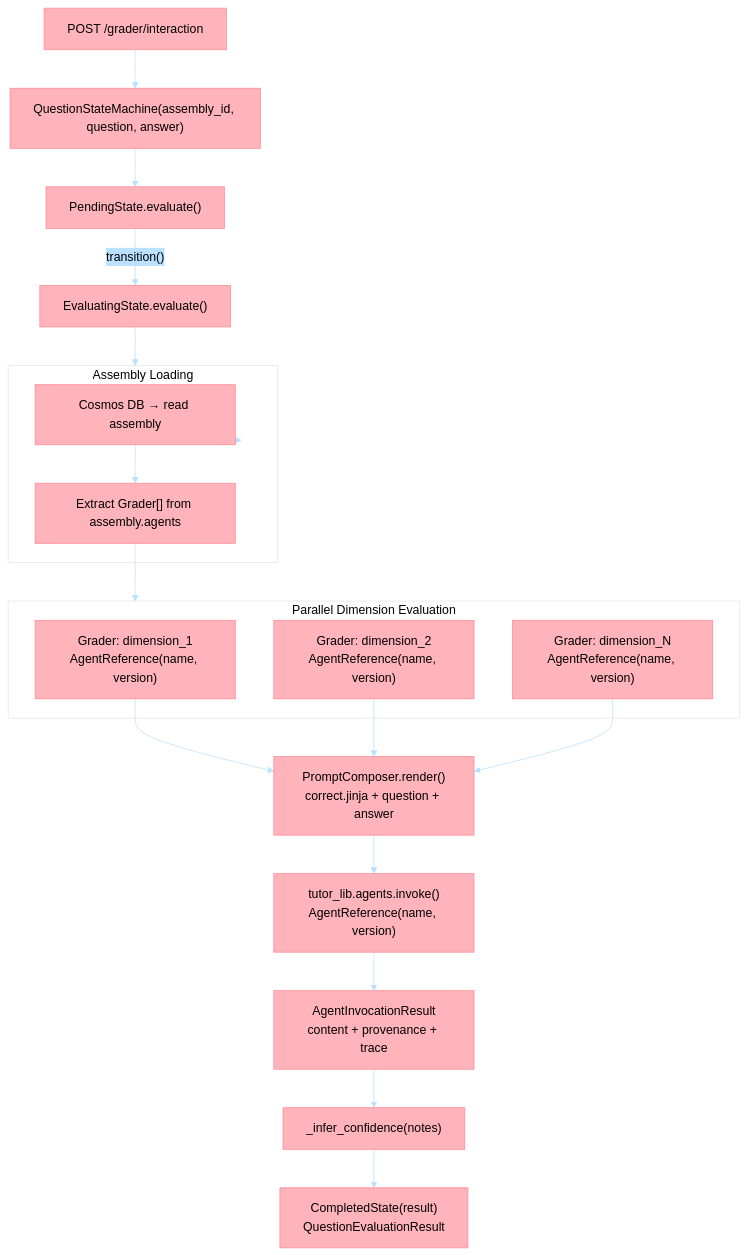
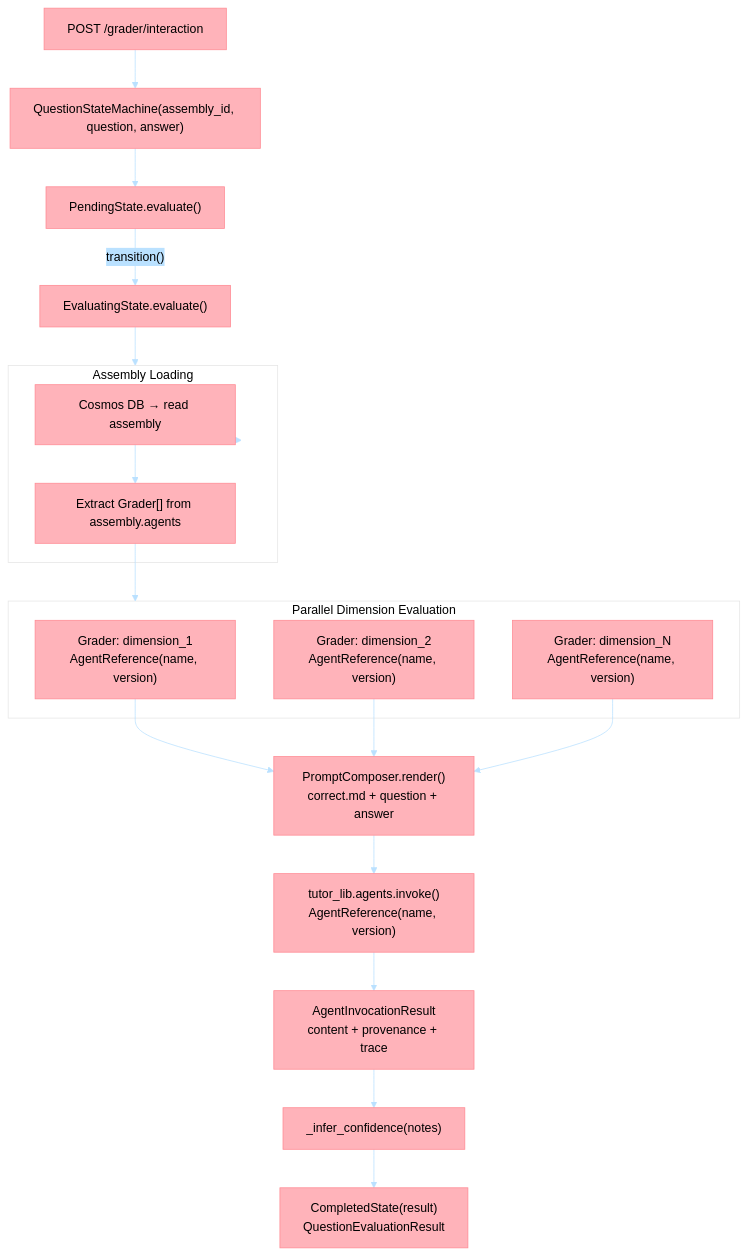
One commit to Azure-Samples/tutor changed diagram 19 of 26 in docs/architecture.md. Above: the diagram before and after it, drawn with Mermaid. The commit also changed other lines of this file and 36 other files, not shown here.

````diff
--- a/docs/architecture.md
+++ b/docs/architecture.md
@@ -1015,42 +1015,42 @@
 ```mermaid
 %%{init: {'theme':'base', 'themeVariables': {
   'primaryColor':'#FFB3BA',
   'primaryTextColor':'#000',
   'primaryBorderColor':'#FF8B94',
   'lineColor':'#BAE1FF',
   'secondaryColor':'#BAE1FF',
   'tertiaryColor':'#FFFFFF'
 }}}%%
 flowchart TD
     API["POST /grader/interaction"]
     MACHINE["QuestionStateMachine(assembly_id, question, answer)"]
     PENDING["PendingState.evaluate()"]
     EVALUATING["EvaluatingState.evaluate()"]
 
     subgraph Assembly["Assembly Loading"]
         COSMOS_READ["Cosmos DB → read assembly"]
         GRADERS["Extract Grader[] from assembly.agents"]
     end
 
     subgraph Parallel["Parallel Dimension Evaluation"]
         DIM1["Grader: dimension_1\nAgentReference(name, version)"]
         DIM2["Grader: dimension_2\nAgentReference(name, version)"]
         DIM_N["Grader: dimension_N\nAgentReference(name, version)"]
     end
 
-    PROMPT["PromptComposer.render()\ncorrect.jinja + question + answer"]
+    PROMPT["PromptComposer.render()\ncorrect.md + question + answer"]
     AGENT["tutor_lib.agents.invoke()\nAgentReference(name, version)"]
     RUN["AgentInvocationResult\ncontent + provenance + trace"]
     CONFIDENCE["_infer_confidence(notes)"]
     COMPLETED["CompletedState(result)\nQuestionEvaluationResult"]
 
     API --> MACHINE --> PENDING
     PENDING -->|"transition()"| EVALUATING
     EVALUATING --> Assembly
     Assembly --> COSMOS_READ --> GRADERS
     GRADERS --> Parallel
     DIM1 --> PROMPT --> AGENT --> RUN
     DIM2 --> PROMPT
     DIM_N --> PROMPT
     RUN --> CONFIDENCE --> COMPLETED
 ```
````
